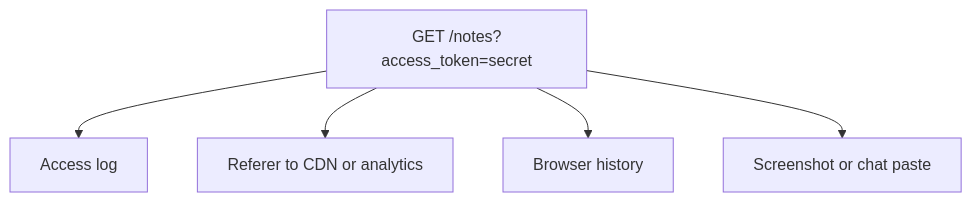
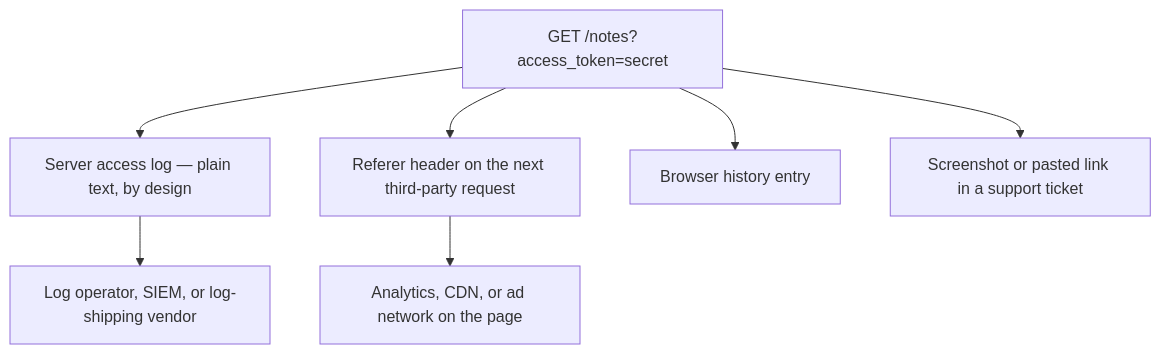
One commit to ishitvagoel/LearnSecurity changed the first of 2 diagrams in content/modules/4/4.3/lessons/01-property.md. Above: the diagram before and after it, drawn with Mermaid. The commit also changed other lines of this file and 20 other files, not shown here.

````diff
--- a/content/modules/4/4.3/lessons/01-property.md
+++ b/content/modules/4/4.3/lessons/01-property.md
@@ -18,7 +17,9 @@
 ```mermaid
 flowchart TD
-  Url["GET /notes?access_token=secret"] --> Log["Access log"]
-  Url --> Referer["Referer to CDN or analytics"]
-  Url --> Hist[Browser history]
-  Url --> Shot[Screenshot or chat paste]
+  Url["GET /notes?access_token=secret"] --> Log["Server access log — plain text, by design"]
+  Url --> Referer["Referer header on the next third-party request"]
+  Url --> Hist["Browser history entry"]
+  Url --> Shot["Screenshot or pasted link in a support ticket"]
+  Log --> Reader1["Log operator, SIEM, or log-shipping vendor"]
+  Referer --> Reader2["Analytics, CDN, or ad network on the page"]
 ```
````
